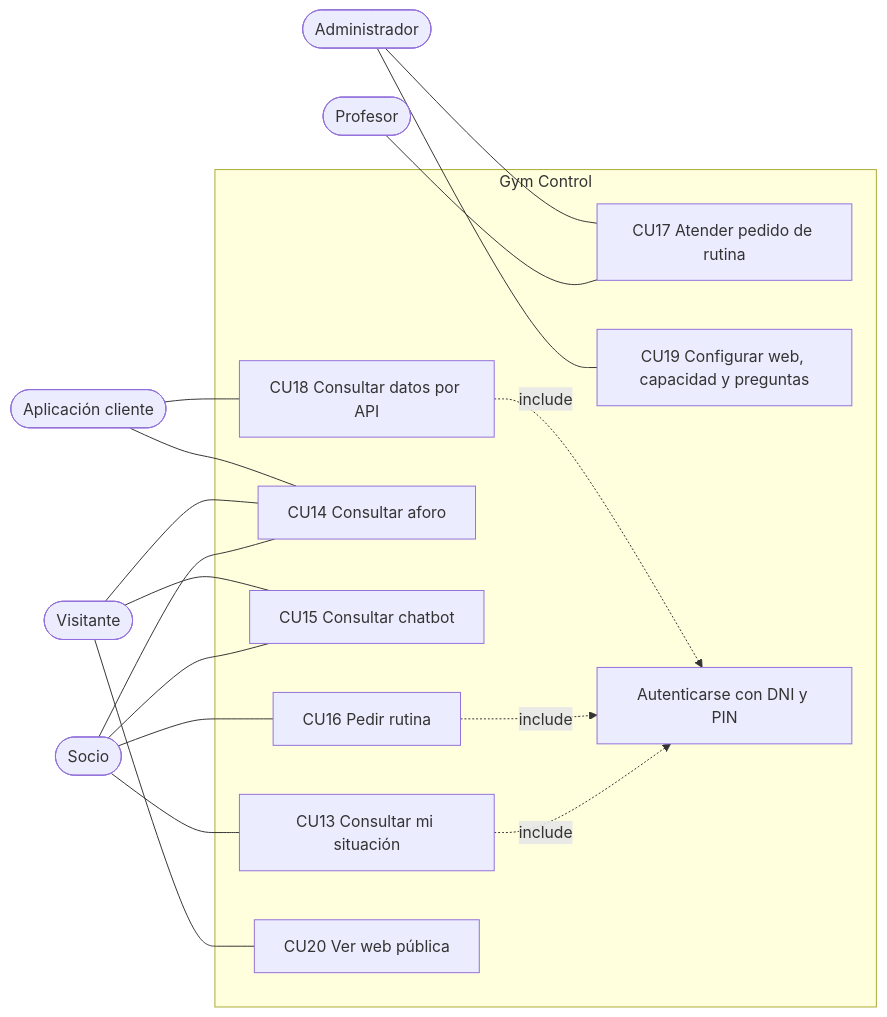
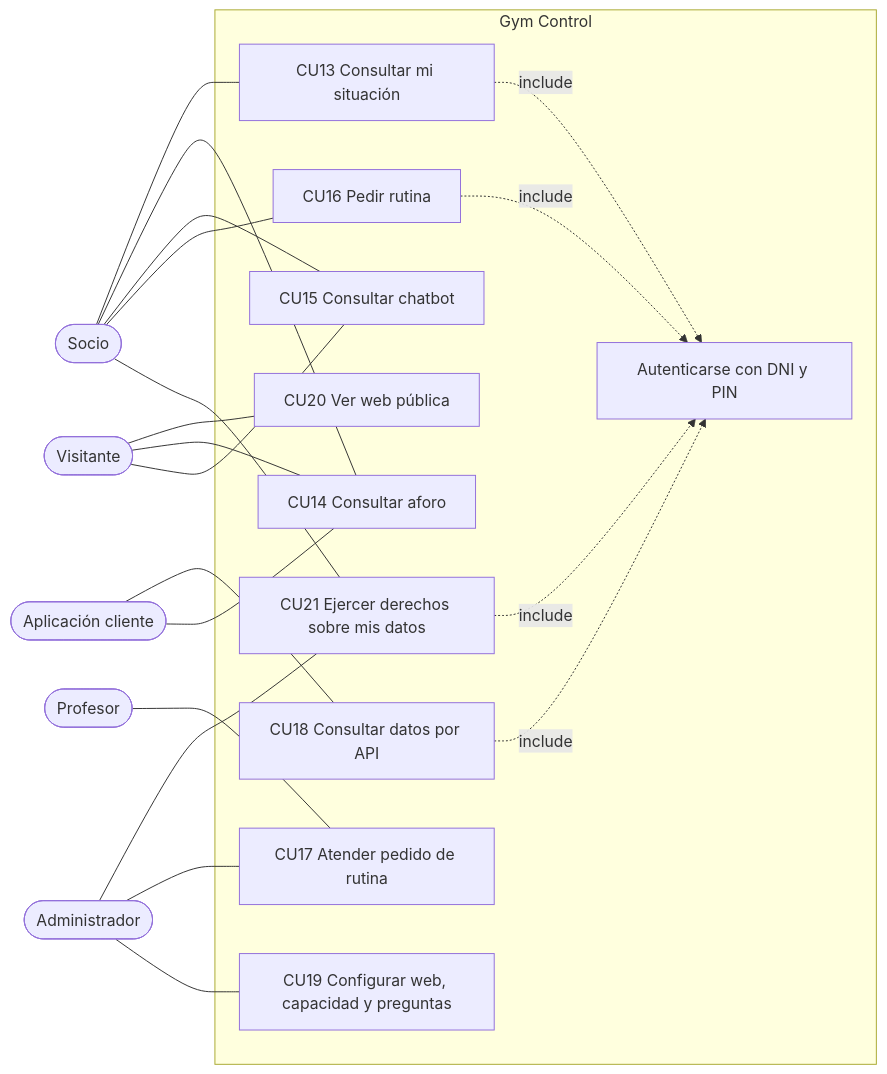
Before and after one commit to diegofcfor-cell/GymControl: the first of 2 diagrams in docs/plan-actualizacion.md, drawn with Mermaid. The commit also changed other lines of this file and 17 other files, not shown here.

````diff
--- a/docs/plan-actualizacion.md
+++ b/docs/plan-actualizacion.md
@@ -128,37 +142,41 @@
 ```mermaid
 flowchart LR
     Socio([Socio])
     Visitante([Visitante])
     Profesor([Profesor])
     Admin([Administrador])
     App([Aplicación cliente])
 
     subgraph Gym Control
         CU13[CU13 Consultar mi situación]
         CU14[CU14 Consultar aforo]
         CU15[CU15 Consultar chatbot]
         CU16[CU16 Pedir rutina]
         CU17[CU17 Atender pedido de rutina]
         CU18[CU18 Consultar datos por API]
         CU19[CU19 Configurar web, capacidad y preguntas]
         CU20[CU20 Ver web pública]
+        CU21[CU21 Ejercer derechos sobre mis datos]
         CUA[Autenticarse con DNI y PIN]
     end
 
     Socio --- CU13
     Socio --- CU14
     Socio --- CU15
     Socio --- CU16
+    Socio --- CU21
+    Admin --- CU21
     Visitante --- CU20
     Visitante --- CU14
     Visitante --- CU15
     Profesor --- CU17
     Admin --- CU17
     Admin --- CU19
     App --- CU18
     App --- CU14
 
     CU13 -. include .-> CUA
     CU16 -. include .-> CUA
     CU18 -. include .-> CUA
+    CU21 -. include .-> CUA
 ```
````
